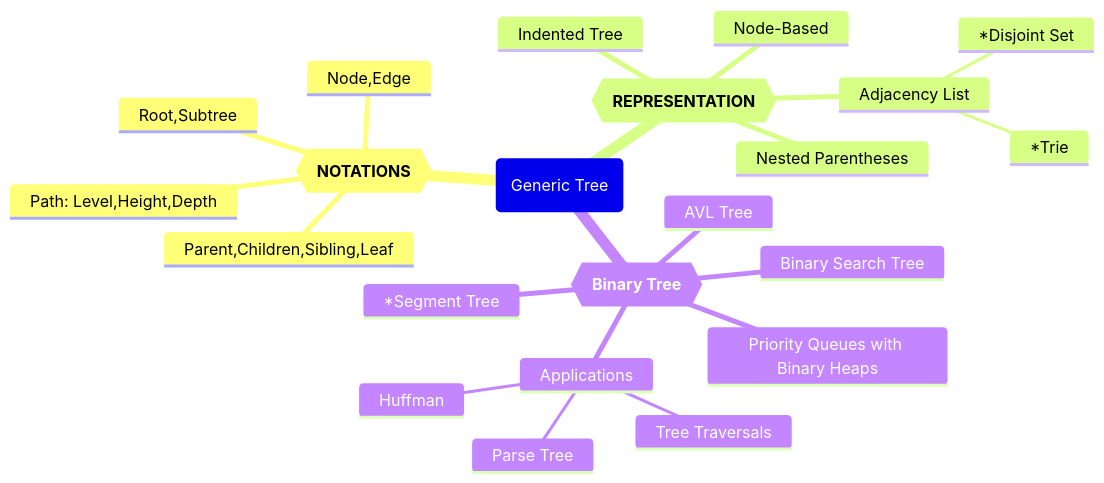
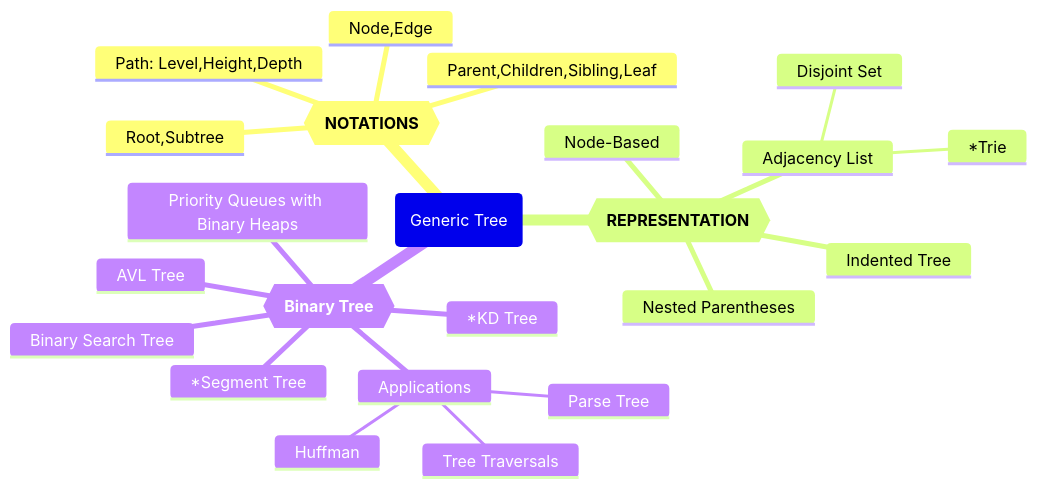
Before and after one commit to GMyhf/2025spring-cs201: the second of 3 diagrams in winter_week2_tree.md, drawn with Mermaid. The commit also changed other lines of this file, not shown here.

````diff
--- a/winter_week2_tree.md
+++ b/winter_week2_tree.md
@@ -233,27 +233,28 @@
 ```mermaid
 mindmap
   root(Generic Tree)
     Notations{{**NOTATIONS**}}
     	Node,Edge
     	Root,Subtree
     	Parent,Children,Sibling,Leaf
     	Path: Level,Height,Depth
       
     Representation{{**REPRESENTATION**}}
       Nested Parentheses
       Node-Based
       Indented Tree
       Adjacency List
-      	*Disjoint Set
+      	Disjoint Set
       	*Trie
       
     Binary Tree{{**Binary Tree**}}
       Applications
       	Parse Tree
       	Tree Traversals
       	Huffman
       Priority Queues with Binary Heaps
       Binary Search Tree
       AVL Tree
       *Segment Tree
+      *KD Tree
 ```
````
